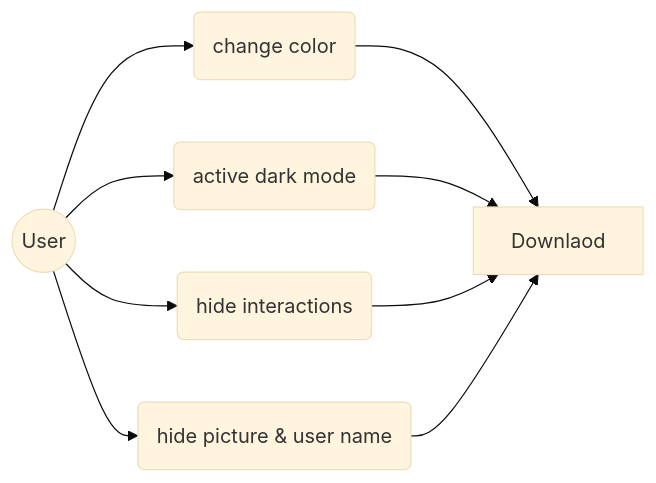
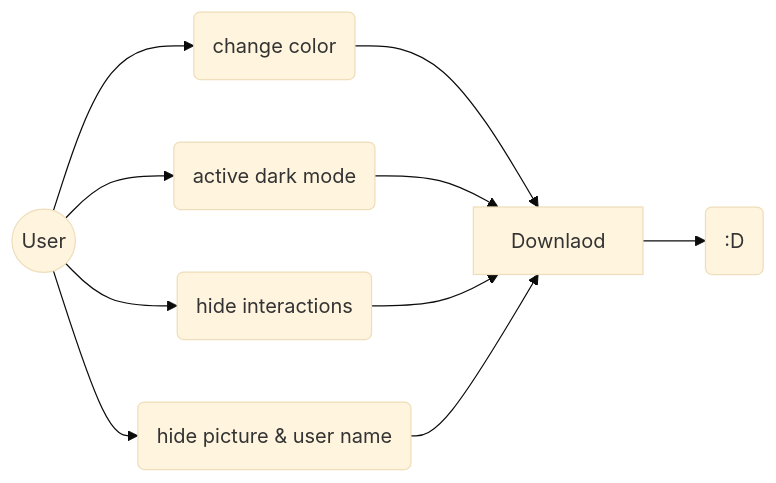
One commit to morad-labrid/tweepy changed the diagram in README.md. Above: the diagram before and after it, drawn with Mermaid (base theme).

Commit message:
add smiley to the user story of  readme

````diff
--- a/README.md
+++ b/README.md
@@ -19,12 +19,13 @@
 ```mermaid
 graph LR
 A((User)) --> B(change color)
 A --> C(active dark mode)
 A --> D(hide interactions)
 A --> E(hide picture & user name)
 
 B --> Downlaod
 C --> Downlaod
 D --> Downlaod
 E --> Downlaod
+Downlaod --> G(:D)
 ```
````
